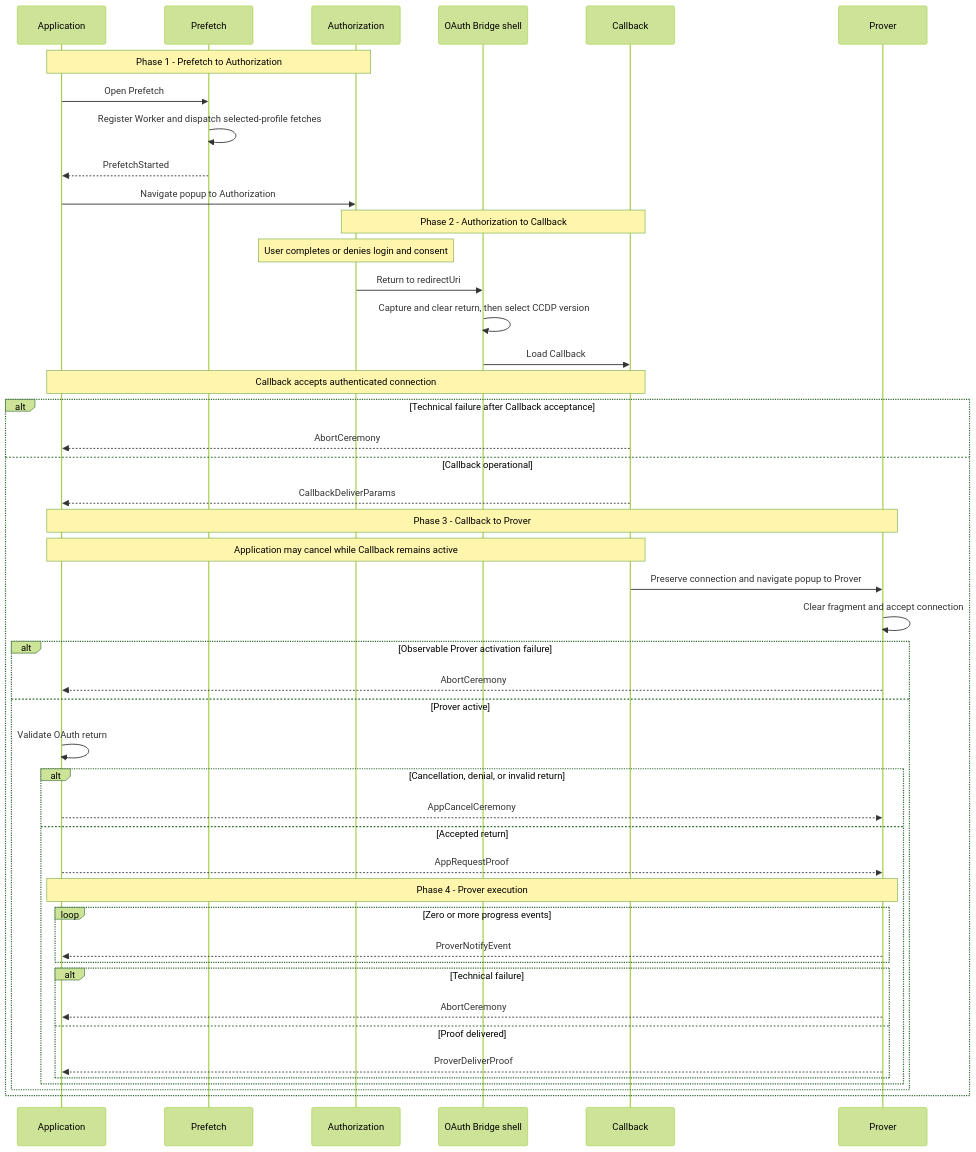
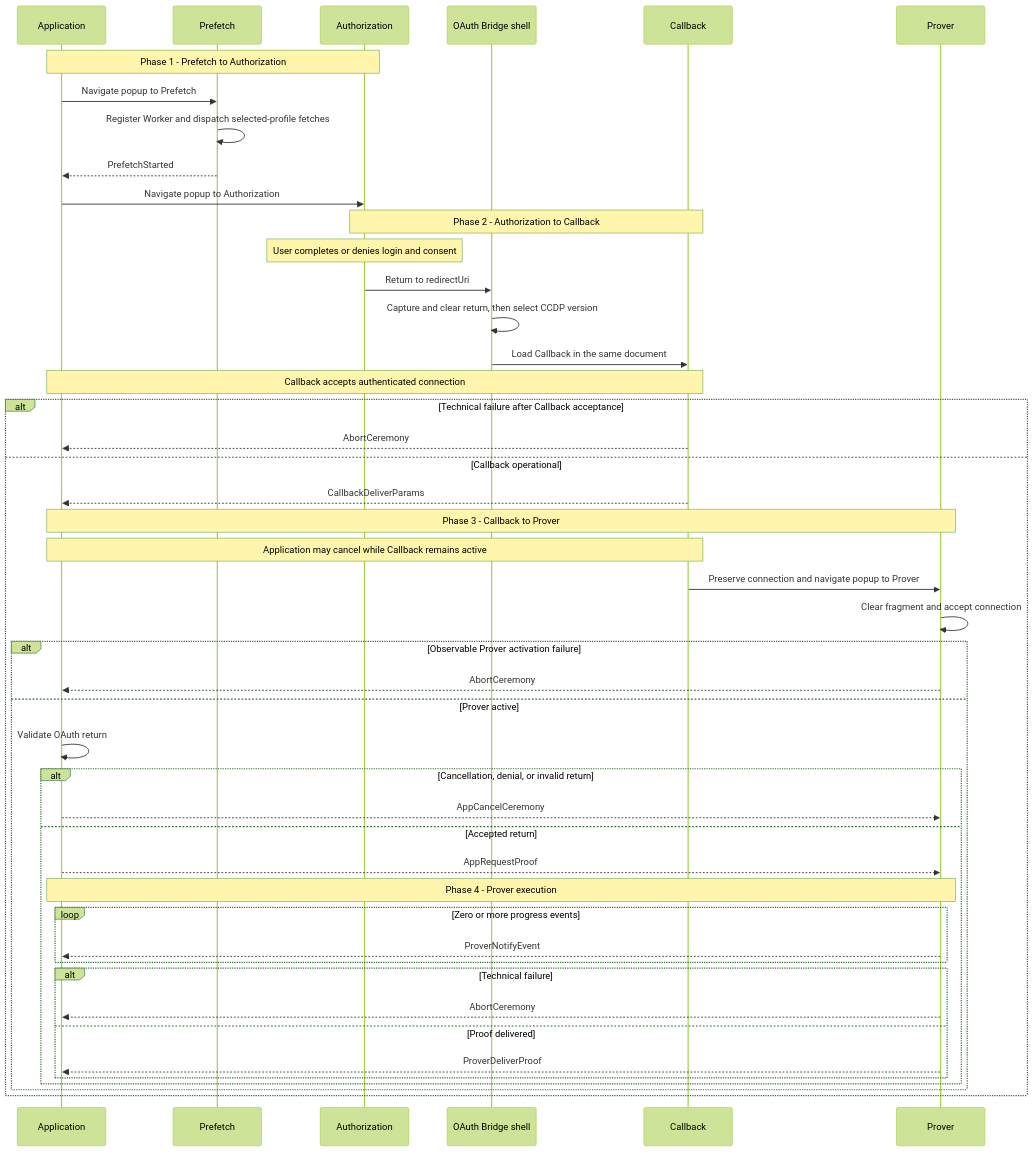
One commit to libid-org/libid changed the diagram in ts/packages/ceremony/CCDP.md. Above: the diagram before and after it, drawn with Mermaid (forest theme). The commit also changed other lines of this file and 1 other file, not shown here.

````diff
--- a/ts/packages/ceremony/CCDP.md
+++ b/ts/packages/ceremony/CCDP.md
@@ -429,52 +436,52 @@
 ```mermaid
 sequenceDiagram
     participant A as Application
     participant F as Prefetch
     participant O as Authorization
     participant B as OAuth Bridge shell
     participant C as Callback
     participant P as Prover
 
     Note over A,O: Phase 1 - Prefetch to Authorization
-    A->>F: Open Prefetch
+    A->>F: Navigate popup to Prefetch
     F->>F: Register Worker and dispatch selected-profile fetches
     F-->>A: PrefetchStarted
     A->>O: Navigate popup to Authorization
 
     Note over O,C: Phase 2 - Authorization to Callback
     Note over O: User completes or denies login and consent
     O->>B: Return to redirectUri
     B->>B: Capture and clear return, then select CCDP version
-    B->>C: Load Callback
+    B->>C: Load Callback in the same document
     Note over A,C: Callback accepts authenticated connection
     alt Technical failure after Callback acceptance
         C-->>A: AbortCeremony
     else Callback operational
         C-->>A: CallbackDeliverParams
 
         Note over A,P: Phase 3 - Callback to Prover
         Note over A,C: Application may cancel while Callback remains active
         C->>P: Preserve connection and navigate popup to Prover
         P->>P: Clear fragment and accept connection
         alt Observable Prover activation failure
             P-->>A: AbortCeremony
         else Prover active
             A->>A: Validate OAuth return
             alt Cancellation, denial, or invalid return
                 A-->>P: AppCancelCeremony
             else Accepted return
                 A-->>P: AppRequestProof
 
                 Note over A,P: Phase 4 - Prover execution
                 loop Zero or more progress events
                     P-->>A: ProverNotifyEvent
                 end
                 alt Technical failure
                     P-->>A: AbortCeremony
                 else Proof delivered
                     P-->>A: ProverDeliverProof
                 end
             end
         end
     end
 ```
````
